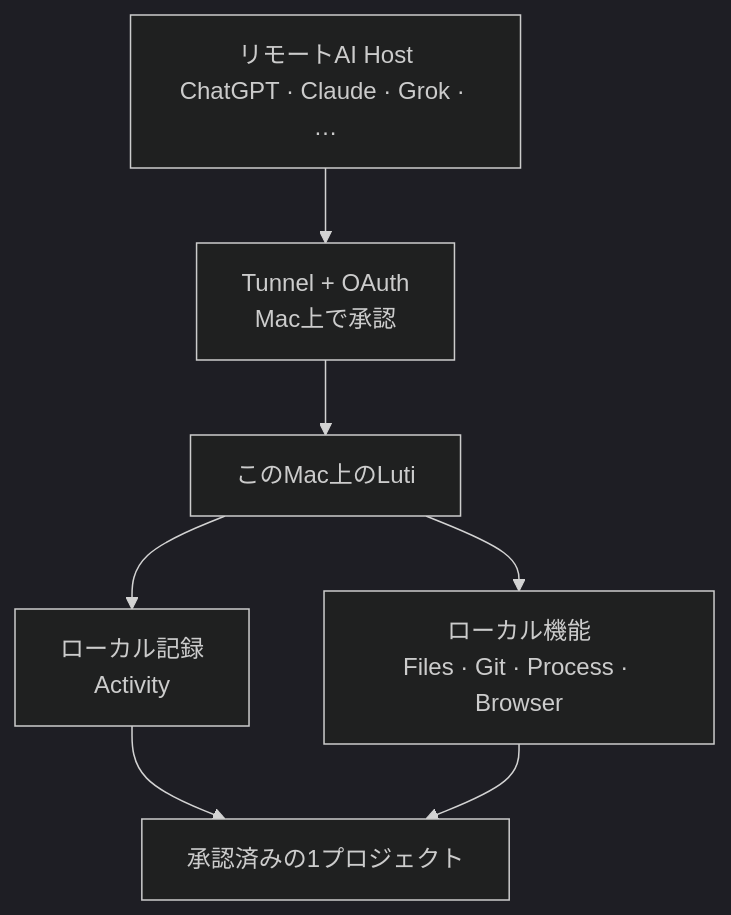
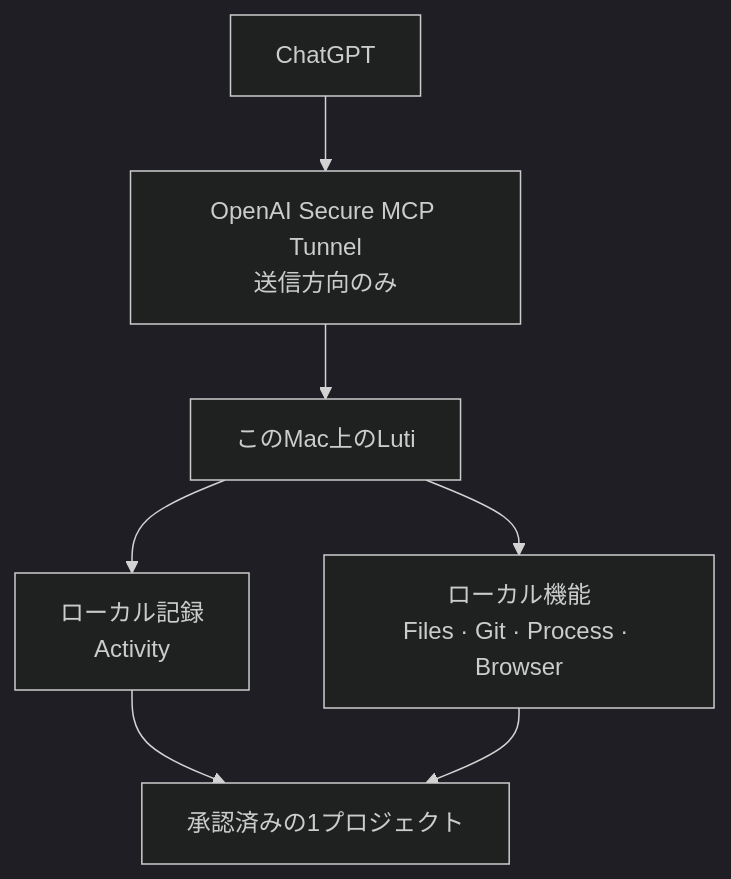
Before and after one commit to boltguo/Luti: the diagram in README.ja.md, drawn with Mermaid (dark theme). The commit also changed other lines of this file and 65 other files, not shown here.

First line of the commit message:
refactor: use OpenAI tunnel only and fix runtime performance issues

````diff
--- a/README.ja.md
+++ b/README.ja.md
@@ -27,13 +27,13 @@
 ```mermaid
 flowchart TB
-    remote["リモートAI Host<br/>ChatGPT · Claude · Grok · …"]
-    tunnel["Tunnel + OAuth<br/>Mac上で承認"]
+    remote["ChatGPT"]
+    tunnel["OpenAI Secure MCP Tunnel<br/>送信方向のみ"]
     luti["このMac上のLuti"]
     context["ローカル記録<br/>Activity"]
     tools["ローカル機能<br/>Files · Git · Process · Browser"]
     project["承認済みの1プロジェクト"]
 
     remote --> tunnel --> luti
     luti --> context --> project
     luti --> tools --> project
 ```
````
